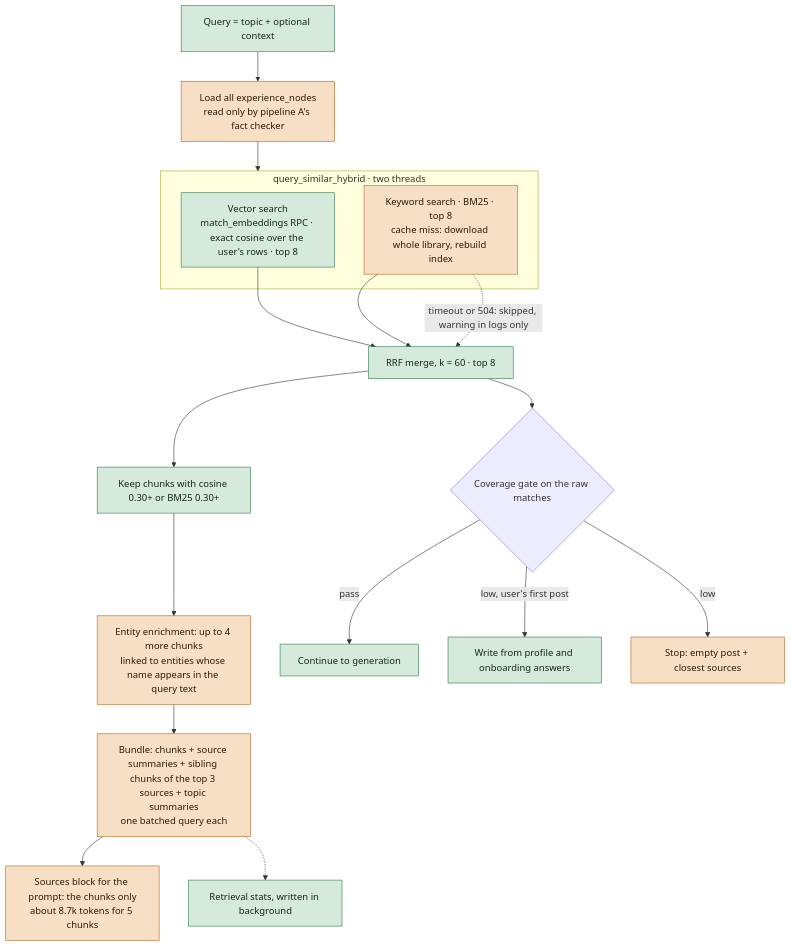
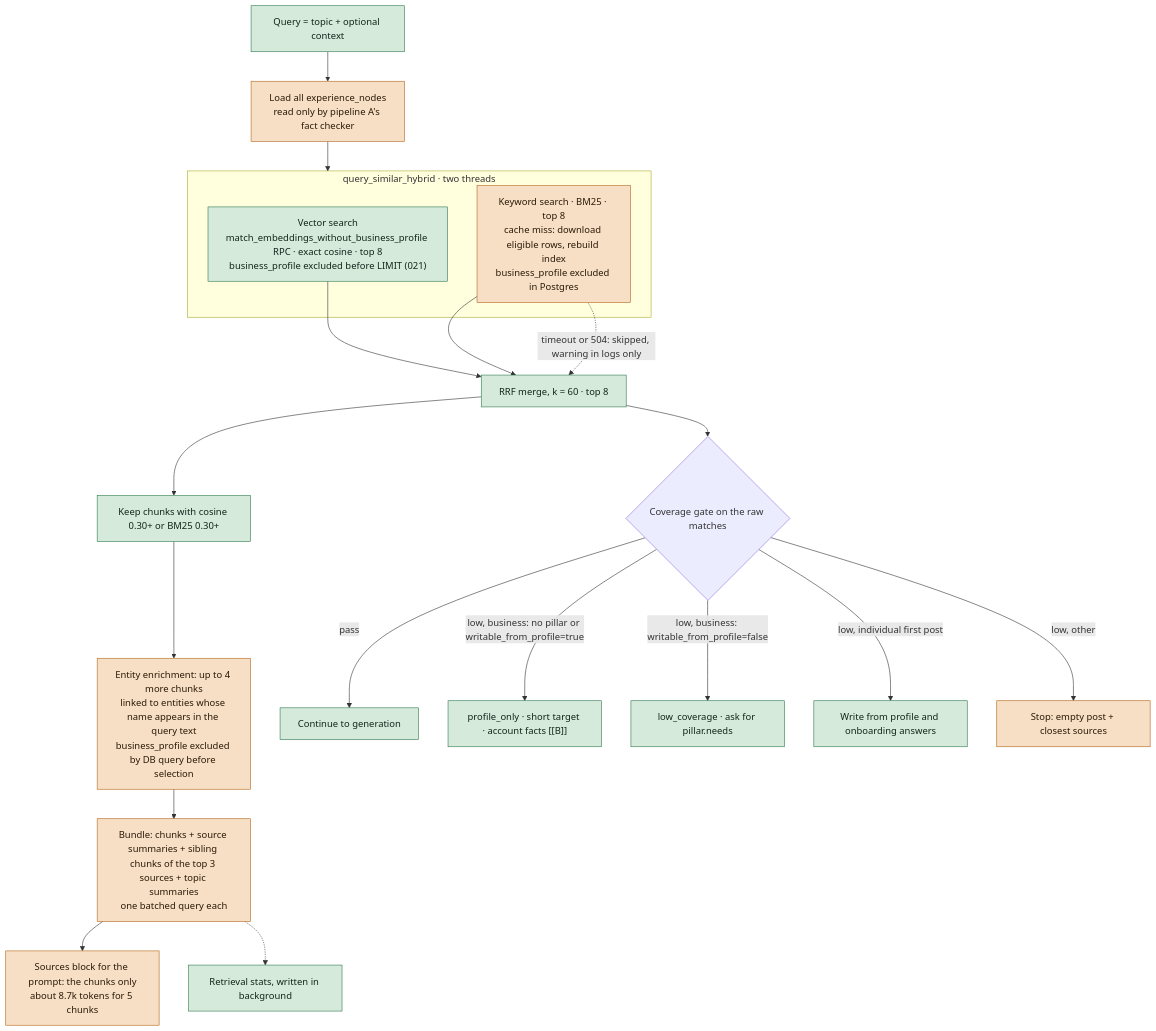
Before and after one commit to Soham112/Contendo: the fourth of 9 diagrams in docs/ARCHITECTURE.md, drawn with Mermaid. The commit also changed other lines of this file and 34 other files, not shown here.

Commit message:
The block reaches every business prompt, and individual prompts

````diff
--- a/docs/ARCHITECTURE.md
+++ b/docs/ARCHITECTURE.md
@@ -290,28 +290,30 @@
 ```mermaid
 flowchart TD
   q["Query = topic + optional context"] --> expn["Load all experience_nodes<br/>read only by pipeline A's fact checker"]
   expn --> par
   subgraph par["query_similar_hybrid · two threads"]
-    vec["Vector search<br/>match_embeddings RPC · exact cosine over the user's rows · top 8"]
-    kw["Keyword search · BM25 · top 8<br/>cache miss: download whole library, rebuild index"]
+    vec["Vector search<br/>match_embeddings_without_business_profile RPC · exact cosine · top 8<br/>business_profile excluded before LIMIT (021)"]
+    kw["Keyword search · BM25 · top 8<br/>cache miss: download eligible rows, rebuild index<br/>business_profile excluded in Postgres"]
   end
   vec --> rrf["RRF merge, k = 60 · top 8"]
   kw --> rrf
   kw -.->|"timeout or 504: skipped, warning in logs only"| rrf
   rrf --> rel["Keep chunks with cosine 0.30+ or BM25 0.30+"]
-  rel --> enr["Entity enrichment: up to 4 more chunks<br/>linked to entities whose name appears in the query text"]
+  rel --> enr["Entity enrichment: up to 4 more chunks<br/>linked to entities whose name appears in the query text<br/>business_profile excluded by DB query before selection"]
   enr --> bundle["Bundle: chunks + source summaries + sibling chunks of the top 3 sources + topic summaries<br/>one batched query each"]
   bundle --> fmt["Sources block for the prompt: the chunks only<br/>about 8.7k tokens for 5 chunks"]
   bundle -.-> stats["Retrieval stats, written in background"]
   rrf --> gate{"Coverage gate on the raw matches"}
   gate -->|pass| go["Continue to generation"]
-  gate -->|"low, user's first post"| fp["Write from profile and onboarding answers"]
-  gate -->|low| lc["Stop: empty post + closest sources"]
-  class q,vec,rrf,rel,stats,go,fp built
+  gate -->|"low, business: no pillar or writable_from_profile=true"| po["profile_only · short target · account facts [[B]]"]
+  gate -->|"low, business: writable_from_profile=false"| bl["low_coverage · ask for pillar.needs"]
+  gate -->|"low, individual first post"| fp["Write from profile and onboarding answers"]
+  gate -->|"low, other"| lc["Stop: empty post + closest sources"]
+  class q,vec,rrf,rel,stats,go,fp,po,bl built
   class expn,kw,enr,bundle,fmt,lc issue
   classDef built fill:#d6eadc,stroke:#2f7a4f,color:#10261a
   classDef issue fill:#f6dfc4,stroke:#b5651d,color:#2b1a08
   classDef planned fill:#e2e2f4,stroke:#5b5ea6,color:#16173a,stroke-dasharray:5 3
   classDef store fill:#d9e7f4,stroke:#2d5f8a,color:#0e2235
   classDef ext fill:#ececec,stroke:#6b6b6b,color:#1c1c1c
 ```
````
